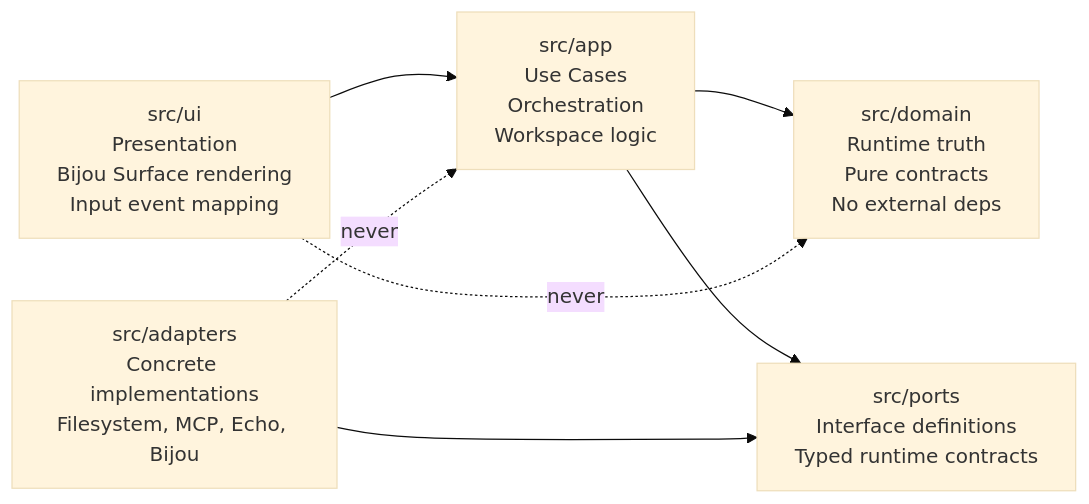
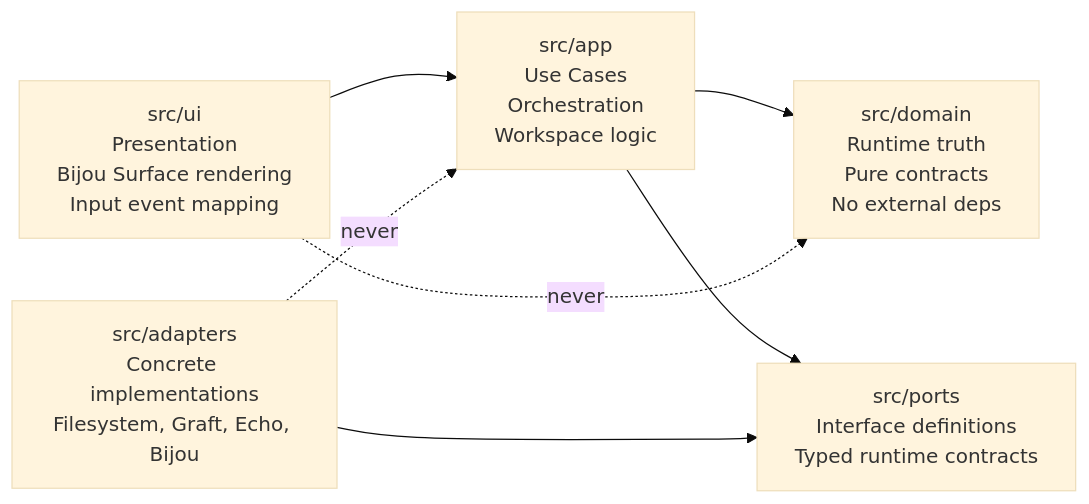
The seventh of 21 diagrams in docs/technical-teardown.md (flyingrobots/jedit), drawn with Mermaid (base theme) before and after one commit. The commit also changed other lines of this file and 51 other files, not shown here.

````diff
--- a/docs/technical-teardown.md
+++ b/docs/technical-teardown.md
@@ -467,15 +467,15 @@
 ```mermaid
 graph LR
     UI["src/ui<br />Presentation<br />Bijou Surface rendering<br />Input event mapping"]
     APP["src/app<br />Use Cases<br />Orchestration<br />Workspace logic"]
     DOM["src/domain<br />Runtime truth<br />Pure contracts<br />No external deps"]
     PORTS["src/ports<br />Interface definitions<br />Typed runtime contracts"]
-    ADAPT["src/adapters<br />Concrete implementations<br />Filesystem, MCP, Echo, Bijou"]
+    ADAPT["src/adapters<br />Concrete implementations<br />Filesystem, Graft, Echo, Bijou"]
 
     UI --> APP
     APP --> DOM
     APP --> PORTS
     ADAPT --> PORTS
     UI -.->|"never"| DOM
     ADAPT -.->|"never"| APP
 ```
````
